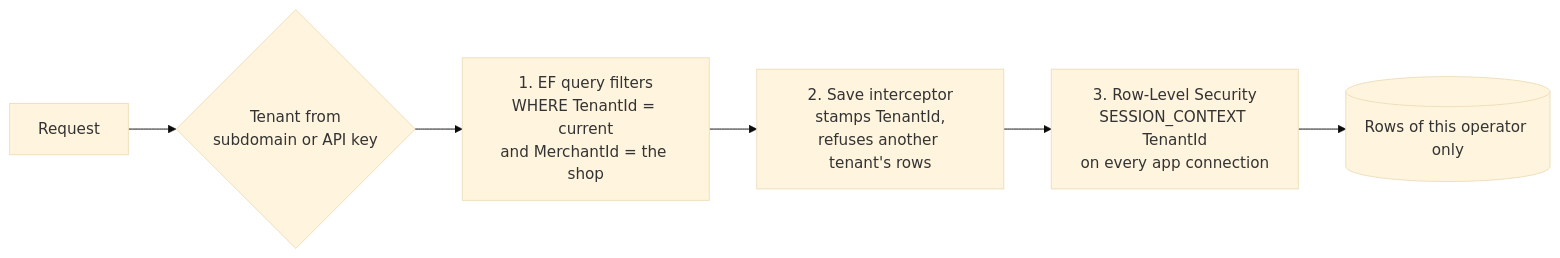
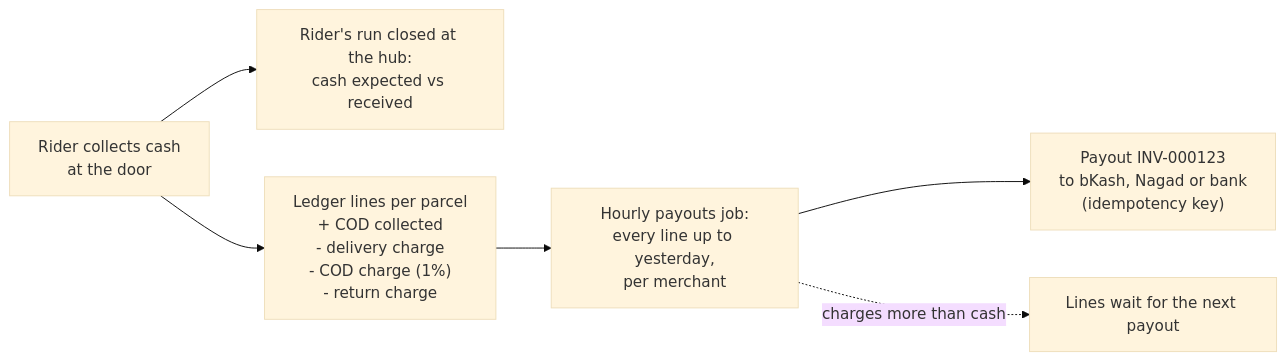
The fourth of 6 diagrams in Documentation/Architecture.md (talha33177net-eng/OneDrop-Courier-Service-Project-), drawn with Mermaid (base theme) before and after one commit. The commit also changed other lines of this file and 461 other files, not shown here.

First line of the commit message:
Rebuild as a traditional courier: parcels, hubs, riders, COD ledger and next-day payouts

````diff
--- a/Documentation/Architecture.md
+++ b/Documentation/Architecture.md
@@ -132,8 +128,8 @@
 ```mermaid
 flowchart LR
-    Req["Request"] --> Resolve{"Tenant from<br/>subdomain or API key"}
-    Resolve --> L1["1. EF query filters<br/>WHERE TenantId = current<br/>and MerchantId = the shop"]
-    L1 --> L2["2. Save interceptor<br/>stamps TenantId,<br/>refuses another tenant's rows"]
-    L2 --> L3["3. Row-Level Security<br/>SESSION_CONTEXT TenantId<br/>on every app connection"]
-    L3 --> Db[("Rows of this operator only")]
+    Door["Rider collects cash<br/>at the door"] --> Run["Rider's run closed at the hub:<br/>cash expected vs received"]
+    Door --> Ledger["Ledger lines per parcel<br/>+ COD collected<br/>- delivery charge<br/>- COD charge (1%)<br/>- return charge"]
+    Ledger --> Job["Hourly payouts job:<br/>every line up to yesterday,<br/>per merchant"]
+    Job --> Payout["Payout INV-000123<br/>to bKash, Nagad or bank<br/>(idempotency key)"]
+    Job -. "charges more than cash" .-> Wait["Lines wait for the next payout"]
 ```
````
